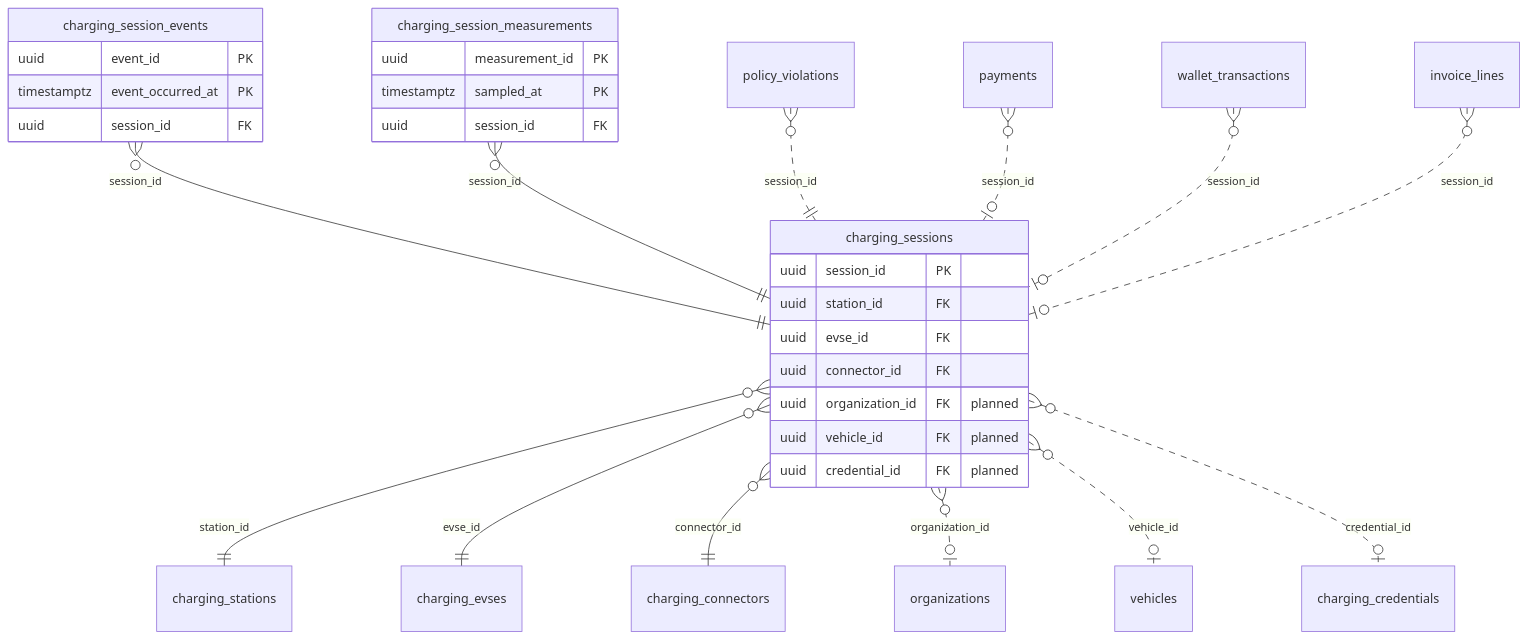
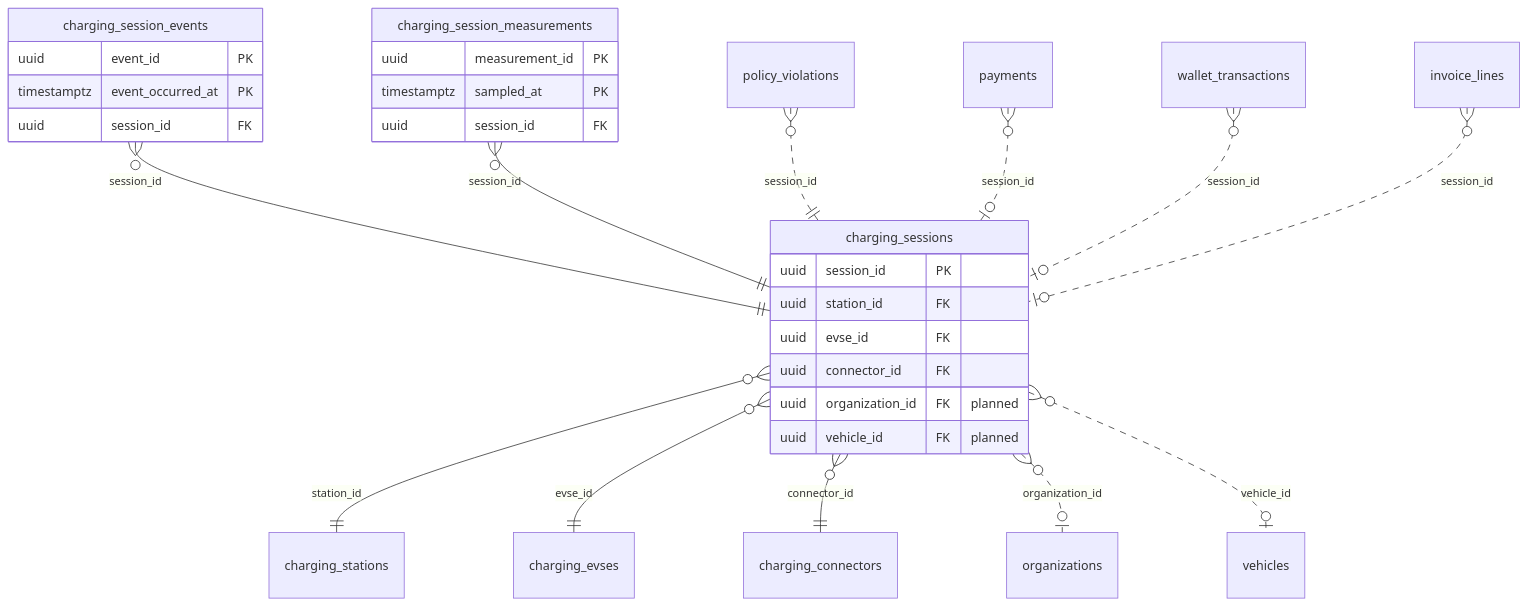
One commit to yolo-coccoc/G3Network-app changed the diagram in docs/design/domain-model/domains/charging_sessions.md. Above: the diagram before and after it, drawn with Mermaid. The commit also changed other lines of this file and 18 other files, not shown here.

First line of the commit message:
docs(domain-model): defer charging credentials

````diff
--- a/docs/design/domain-model/domains/charging_sessions.md
+++ b/docs/design/domain-model/domains/charging_sessions.md
@@ -17,34 +17,32 @@
 ```mermaid
 erDiagram
   charging_sessions {
     uuid session_id PK
     uuid station_id FK
     uuid evse_id FK
     uuid connector_id FK
     uuid organization_id FK "planned"
     uuid vehicle_id FK "planned"
-    uuid credential_id FK "planned"
   }
   charging_session_events {
     uuid event_id PK
     timestamptz event_occurred_at PK
     uuid session_id FK
   }
   charging_session_measurements {
     uuid measurement_id PK
     timestamptz sampled_at PK
     uuid session_id FK
   }
   charging_sessions }o--|| charging_stations : "station_id"
   charging_sessions }o--|| charging_evses : "evse_id"
   charging_sessions }o--|| charging_connectors : "connector_id"
   charging_sessions }o..o| organizations : "organization_id"
   charging_sessions }o..o| vehicles : "vehicle_id"
-  charging_sessions }o..o| charging_credentials : "credential_id"
   charging_session_events }o--|| charging_sessions : "session_id"
   charging_session_measurements }o--|| charging_sessions : "session_id"
   policy_violations }o..|| charging_sessions : "session_id"
   payments }o..o| charging_sessions : "session_id"
   wallet_transactions }o..o| charging_sessions : "session_id"
   invoice_lines }o..o| charging_sessions : "session_id"
 ```
````
